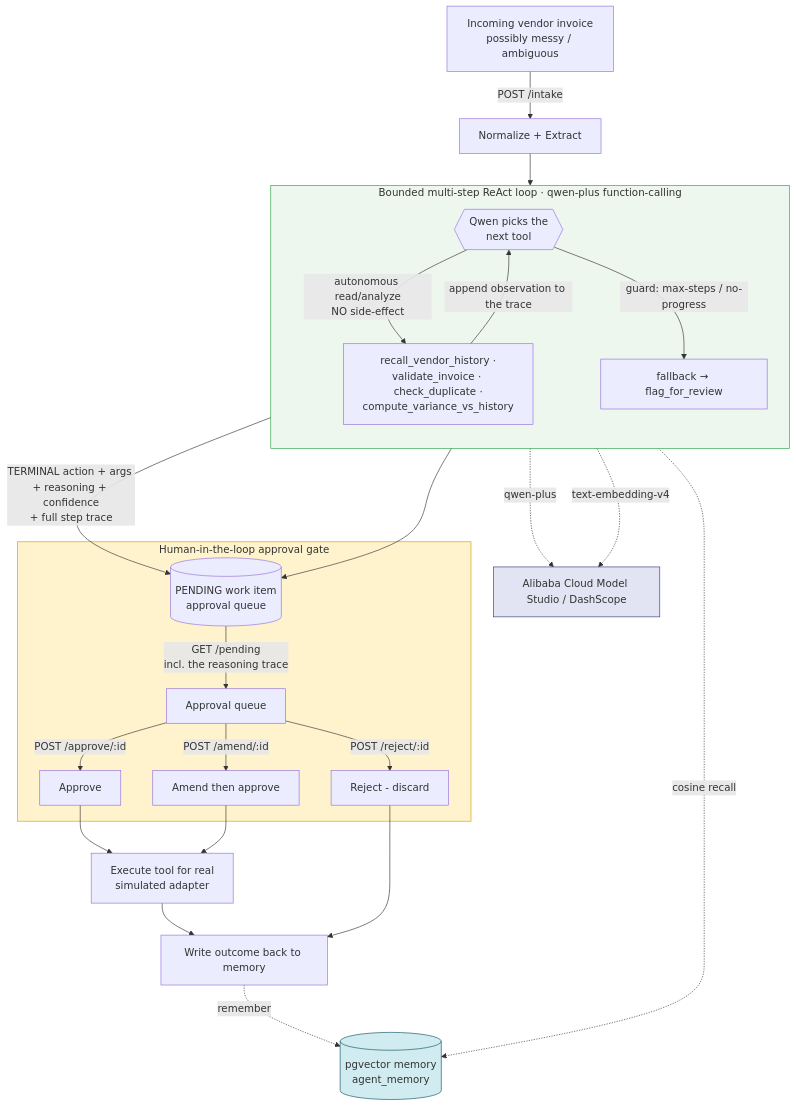
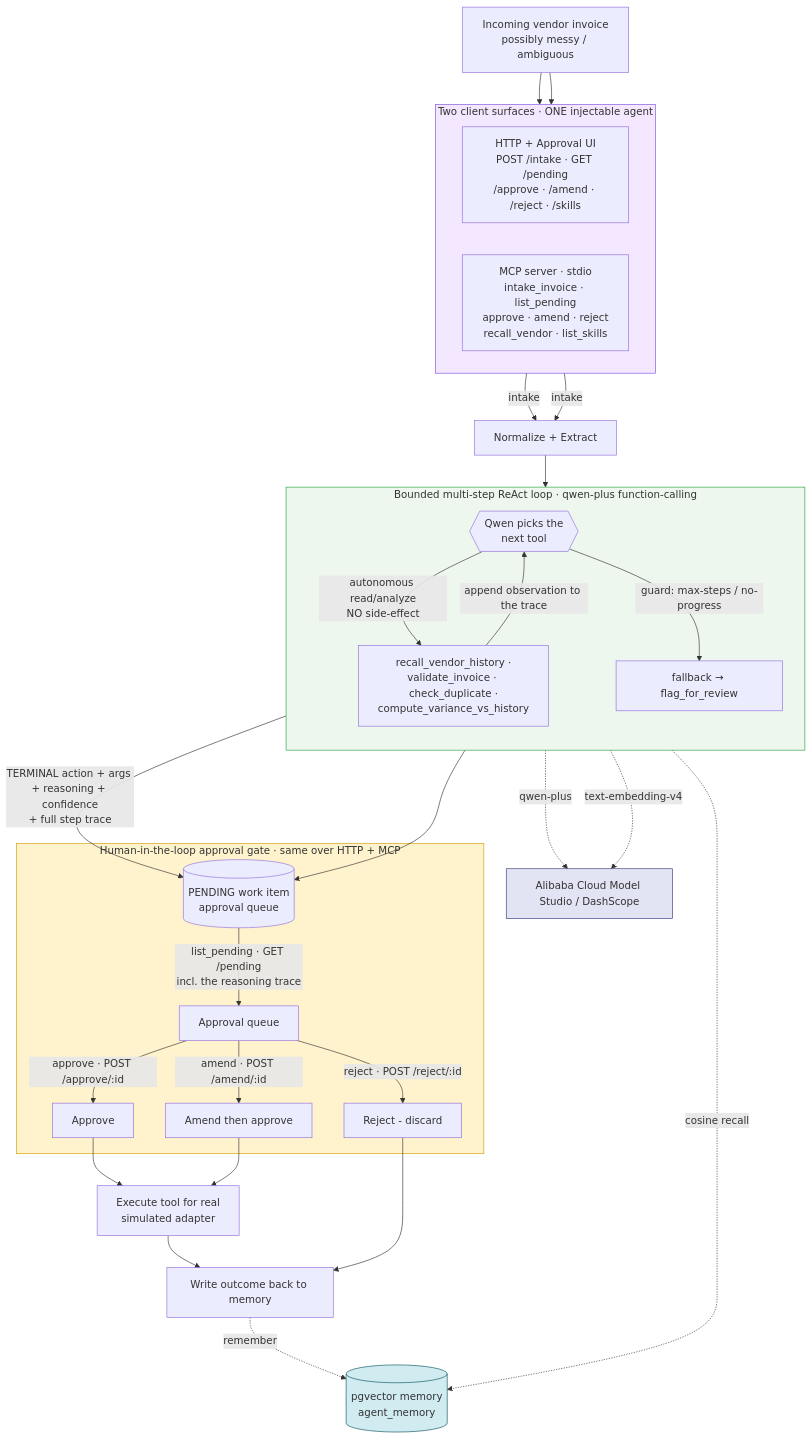
One commit to upgradedev/archon-qwen-autopilot changed the diagram in README.md. Above: the diagram before and after it, drawn with Mermaid. The commit also changed other lines of this file and 11 other files, not shown here.

First line of the commit message:
feat(mcp): MCP server + formalized custom-skills catalog over the AP agent

````diff
--- a/README.md
+++ b/README.md
@@ -95,38 +98,50 @@
 ```mermaid
 flowchart TD
-    C[Incoming vendor invoice<br/>possibly messy / ambiguous] -->|POST /intake| N[Normalize + Extract]
+    C[Incoming vendor invoice<br/>possibly messy / ambiguous]
+
+    subgraph SURF [Two client surfaces · ONE injectable agent]
+      direction LR
+      HTTP[HTTP + Approval UI<br/>POST /intake · GET /pending<br/>/approve · /amend · /reject · /skills]
+      MCP[MCP server · stdio<br/>intake_invoice · list_pending<br/>approve · amend · reject<br/>recall_vendor · list_skills]
+    end
+
+    C --> HTTP
+    C --> MCP
+    HTTP -->|intake| N[Normalize + Extract]
+    MCP -->|intake| N
 
     subgraph LOOP [Bounded multi-step ReAct loop · qwen-plus function-calling]
       direction TB
       D{{Qwen picks the<br/>next tool}}
       D -->|autonomous read/analyze<br/>NO side-effect| T[recall_vendor_history ·<br/>validate_invoice · check_duplicate ·<br/>compute_variance_vs_history]
       T -->|append observation to the trace| D
       D -->|guard: max-steps / no-progress| G[fallback → flag_for_review]
     end
 
     N --> D
     D -->|TERMINAL action + args + reasoning + confidence<br/>+ full step trace| P[(PENDING work item<br/>approval queue)]
     G --> P
 
-    subgraph HITL [Human-in-the-loop approval gate]
-      P -->|GET /pending<br/>incl. the reasoning trace| Q[Approval queue]
-      Q -->|POST /approve/:id| A[Approve]
-      Q -->|POST /amend/:id| M[Amend then approve]
-      Q -->|POST /reject/:id| X[Reject - discard]
+    subgraph HITL [Human-in-the-loop approval gate · same over HTTP + MCP]
+      P -->|list_pending · GET /pending<br/>incl. the reasoning trace| Q[Approval queue]
+      Q -->|approve · POST /approve/:id| A[Approve]
+      Q -->|amend · POST /amend/:id| M[Amend then approve]
+      Q -->|reject · POST /reject/:id| X[Reject - discard]
     end
 
     A --> E[Execute tool for real<br/>simulated adapter]
     M --> E
     E --> W[Write outcome back to memory]
     X --> W
 
     T -. cosine recall .-> MEM[(pgvector memory<br/>agent_memory)]
     W -. remember .-> MEM
     D -. qwen-plus .-> QWEN[Alibaba Cloud Model Studio / DashScope]
     T -. text-embedding-v4 .-> QWEN
 
+    style SURF fill:#f3e8ff,stroke:#8250df
     style LOOP fill:#eef7ee,stroke:#2ea043
     style HITL fill:#fff3cd,stroke:#d39e00
     style MEM fill:#d1ecf1,stroke:#0c5460
     style QWEN fill:#e2e3f3,stroke:#383d7c
 ```
````
